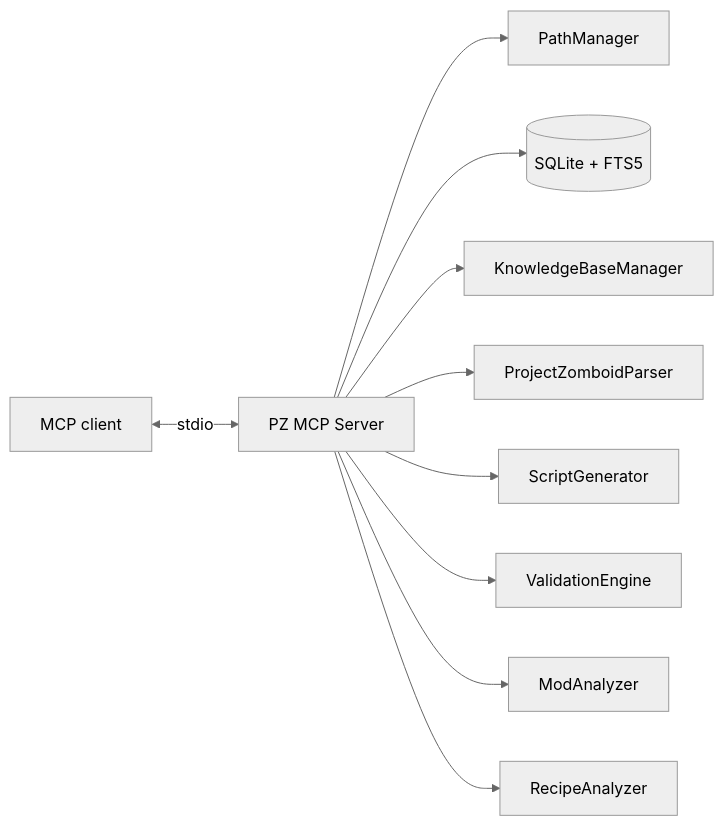
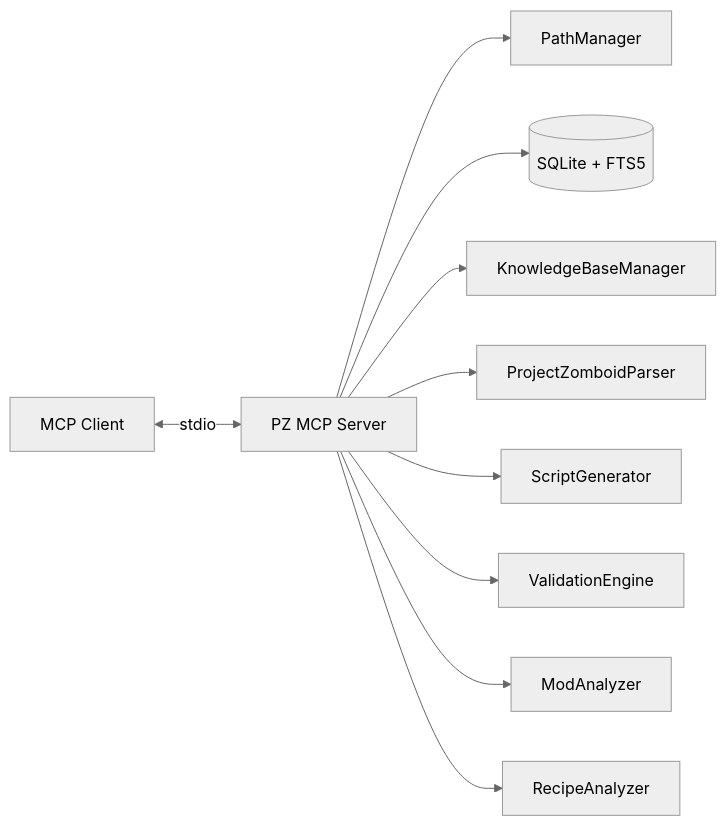
The diagram in README.md (shakoorpour1991-sketch/pz-mcp-server), drawn with Mermaid (neutral theme) before and after one commit. The commit also changed other lines of this file, not shown here.

````diff
--- a/README.md
+++ b/README.md
@@ -138,14 +212,12 @@
 ```mermaid
 flowchart LR
-    C[MCP client] <-->|stdio| S[PZ MCP Server]
-
+    C[MCP Client] <-->|stdio| S[PZ MCP Server]
     S --> P[PathManager]
     S --> D[(SQLite + FTS5)]
     S --> K[KnowledgeBaseManager]
     S --> G[ProjectZomboidParser]
-
     S --> SG[ScriptGenerator]
     S --> V[ValidationEngine]
     S --> M[ModAnalyzer]
     S --> R[RecipeAnalyzer]
 ```
````
